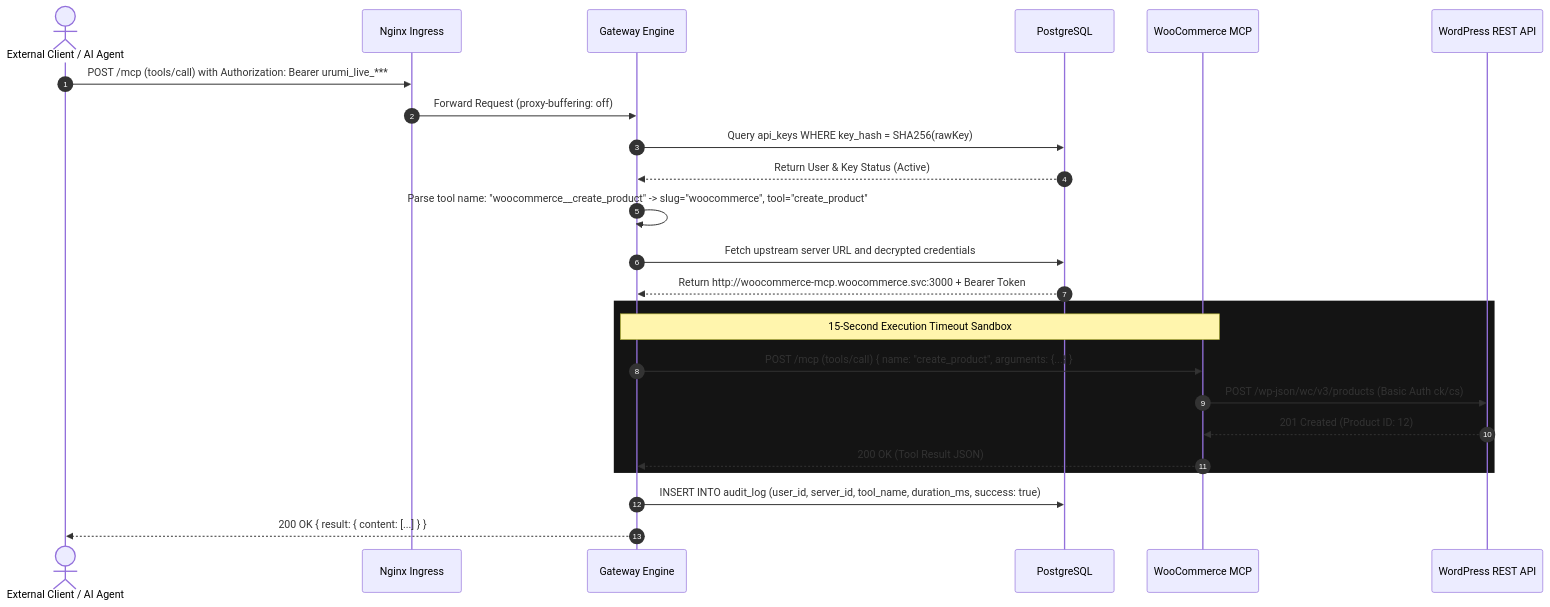
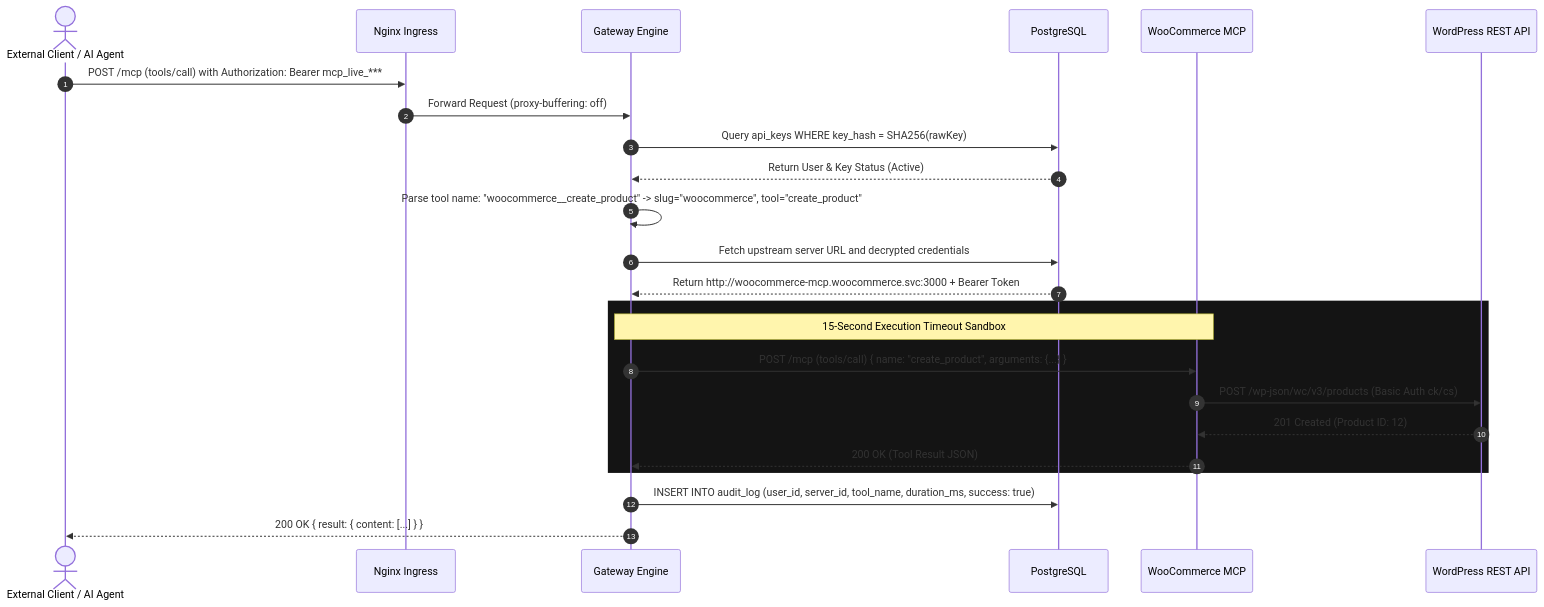
One commit to yash-pouranik/mcp-gateway-k8s changed the diagram in docs/system-design.md. Above: the diagram before and after it, drawn with Mermaid. The commit also changed other lines of this file and 15 other files, not shown here.

````diff
--- a/docs/system-design.md
+++ b/docs/system-design.md
@@ -96,29 +96,29 @@
 ```mermaid
 sequenceDiagram
     autonumber
     actor Client as External Client / AI Agent
     participant Ingress as Nginx Ingress
     participant GW as Gateway Engine
     participant DB as PostgreSQL
     participant Upstream as WooCommerce MCP
     participant Store as WordPress REST API
 
-    Client->>Ingress: POST /mcp (tools/call) with Authorization: Bearer urumi_live_***
+    Client->>Ingress: POST /mcp (tools/call) with Authorization: Bearer mcp_live_***
     Ingress->>GW: Forward Request (proxy-buffering: off)
     GW->>DB: Query api_keys WHERE key_hash = SHA256(rawKey)
     DB-->>GW: Return User & Key Status (Active)
     GW->>GW: Parse tool name: "woocommerce__create_product" -> slug="woocommerce", tool="create_product"
     GW->>DB: Fetch upstream server URL and decrypted credentials
     DB-->>GW: Return http://woocommerce-mcp.woocommerce.svc:3000 + Bearer Token
     
     rect rgb(20, 20, 20)
         Note over GW,Upstream: 15-Second Execution Timeout Sandbox
         GW->>Upstream: POST /mcp (tools/call) { name: "create_product", arguments: {...} }
         Upstream->>Store: POST /wp-json/wc/v3/products (Basic Auth ck/cs)
         Store-->>Upstream: 201 Created (Product ID: 12)
         Upstream-->>GW: 200 OK (Tool Result JSON)
     end
 
     GW->>DB: INSERT INTO audit_log (user_id, server_id, tool_name, duration_ms, success: true)
     GW-->>Client: 200 OK { result: { content: [...] } }
 ```
````
